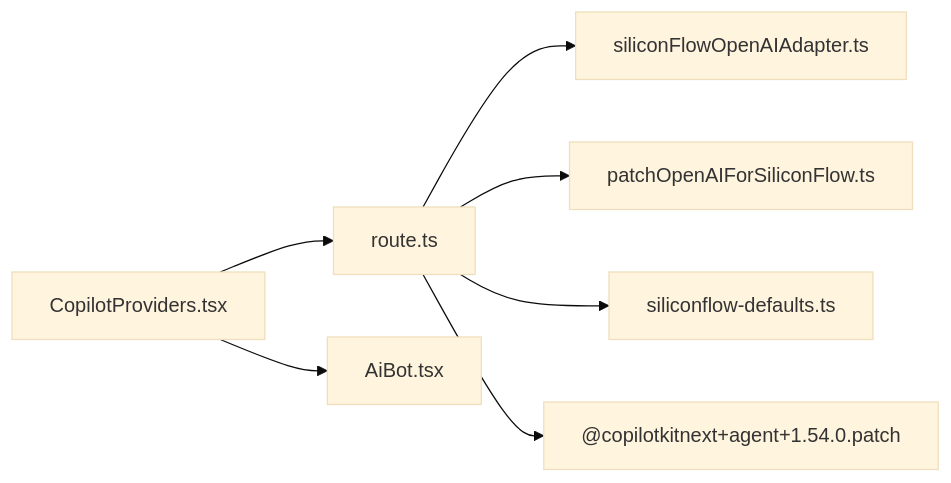
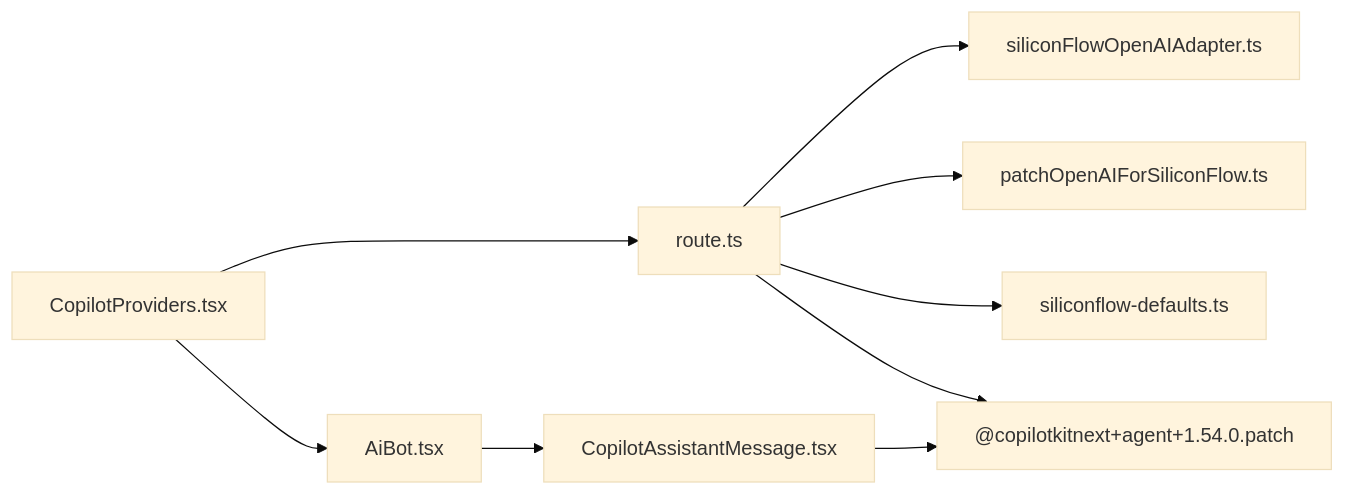
Before and after one commit to Fuqianjiao/General_Introduction_AIPM: the sixth of 6 diagrams in .qoder/repowiki/zh/content/AI 助手系统/CopilotKit 集成.md, drawn with Mermaid (base theme). The commit also changed other lines of this file and 9 other files, not shown here.

````diff
--- a/.qoder/repowiki/zh/content/AI 助手系统/CopilotKit 集成.md
+++ b/.qoder/repowiki/zh/content/AI 助手系统/CopilotKit 集成.md
@@ -272,9 +349,11 @@
 ```mermaid
 graph LR
 P["CopilotProviders.tsx"] --> R["route.ts"]
 R --> A["siliconFlowOpenAIAdapter.ts"]
 R --> X["patchOpenAIForSiliconFlow.ts"]
 R --> D["siliconflow-defaults.ts"]
 R --> M["@copilotkitnext+agent+1.54.0.patch"]
 P --> B["AiBot.tsx"]
+B --> CM["CopilotAssistantMessage.tsx"]
+CM --> M
 ```
````
